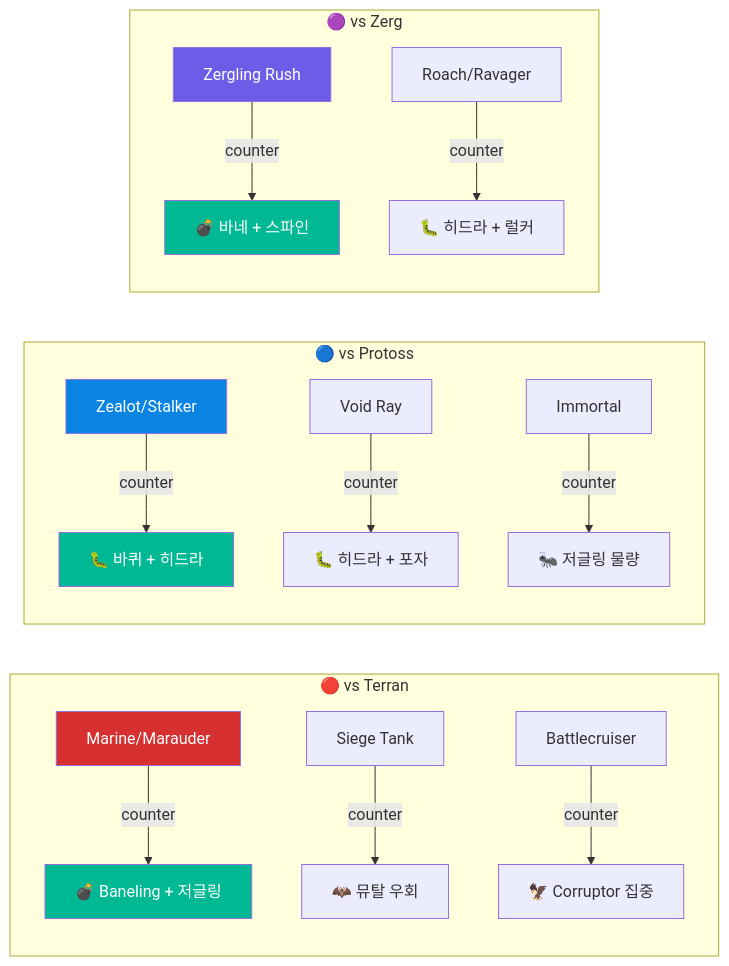
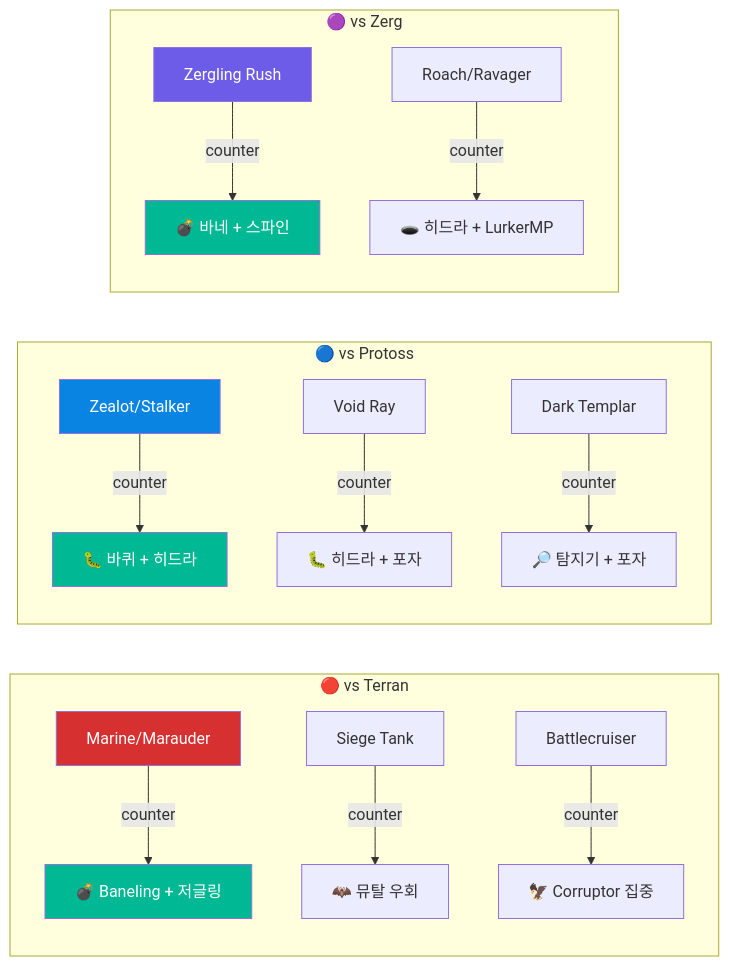
Diagram 14 of 29 in README.md (sun475300-sudo/Swarm-control-in-sc2bot), drawn with Mermaid before and after one commit. The commit also changed other lines of this file, not shown here.

````diff
--- a/README.md
+++ b/README.md
@@ -1087,26 +727,26 @@
 ```mermaid
 graph LR
     subgraph "🔴 vs Terran"
         T1["Marine/Marauder"] -->|"counter"| TC1["💣 Baneling + 저글링"]
         T2["Siege Tank"] -->|"counter"| TC2["🦇 뮤탈 우회"]
         T3["Battlecruiser"] -->|"counter"| TC3["🦅 Corruptor 집중"]
     end
 
     subgraph "🔵 vs Protoss"
         P1["Zealot/Stalker"] -->|"counter"| PC1["🐛 바퀴 + 히드라"]
         P2["Void Ray"] -->|"counter"| PC2["🐛 히드라 + 포자"]
-        P3["Immortal"] -->|"counter"| PC3["🐜 저글링 물량"]
+        P3["Dark Templar"] -->|"counter"| PC3["🔎 탐지기 + 포자"]
     end
 
     subgraph "🟣 vs Zerg"
         Z1["Zergling Rush"] -->|"counter"| ZC1["💣 바네 + 스파인"]
-        Z2["Roach/Ravager"] -->|"counter"| ZC2["🐛 히드라 + 럴커"]
+        Z2["Roach/Ravager"] -->|"counter"| ZC2["🕳️ 히드라 + LurkerMP"]
     end
 
     style T1 fill:#d63031,color:#fff
     style P1 fill:#0984e3,color:#fff
     style Z1 fill:#6c5ce7,color:#fff
     style TC1 fill:#00b894,color:#fff
     style PC1 fill:#00b894,color:#fff
     style ZC1 fill:#00b894,color:#fff
 ```
````
